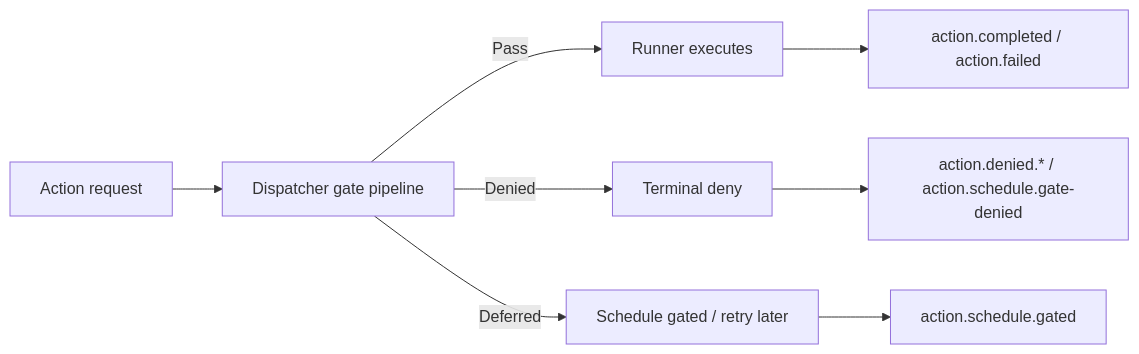
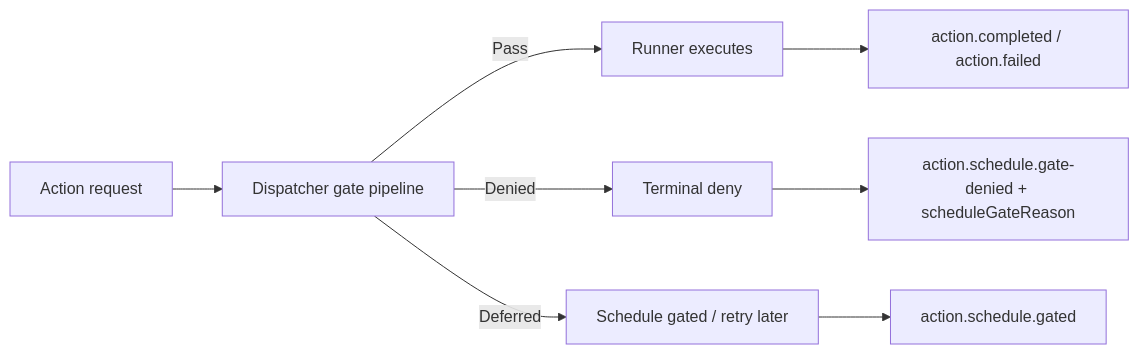
One commit to robgrame/intune-device-actions changed the diagram in docs/action-gating-map.md. Above: the diagram before and after it, drawn with Mermaid. The commit also changed other lines of this file and 1 other file, not shown here.

````diff
--- a/docs/action-gating-map.md
+++ b/docs/action-gating-map.md
@@ -25,10 +25,10 @@
 ```mermaid
 flowchart LR
   A[Action request] --> B[Dispatcher gate pipeline]
   B -->|Pass| C[Runner executes]
   B -->|Denied| D[Terminal deny]
   B -->|Deferred| E[Schedule gated / retry later]
   C --> F[action.completed / action.failed]
-  D --> G[action.denied.* / action.schedule.gate-denied]
+  D --> G[action.schedule.gate-denied + scheduleGateReason]
   E --> H[action.schedule.gated]
 ```
````
